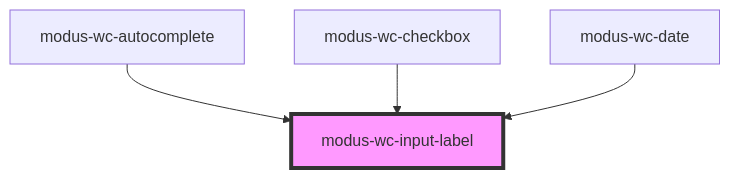
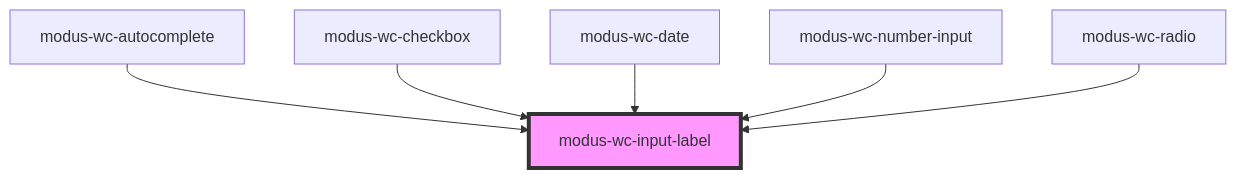
The diagram in src/components/atoms/modus-wc-input-label/readme.md (trimble-oss/modus-wc-2.0), drawn with Mermaid before and after one commit. The commit also changed other lines of this file and 12 other files, not shown here.

Commit message:
feat: add input label to radio

````diff
--- a/src/components/atoms/modus-wc-input-label/readme.md
+++ b/src/components/atoms/modus-wc-input-label/readme.md
@@ -37,7 +39,9 @@
 ```mermaid
 graph TD;
   modus-wc-autocomplete --> modus-wc-input-label
   modus-wc-checkbox --> modus-wc-input-label
   modus-wc-date --> modus-wc-input-label
+  modus-wc-number-input --> modus-wc-input-label
+  modus-wc-radio --> modus-wc-input-label
   style modus-wc-input-label fill:#f9f,stroke:#333,stroke-width:4px
 ```
````
